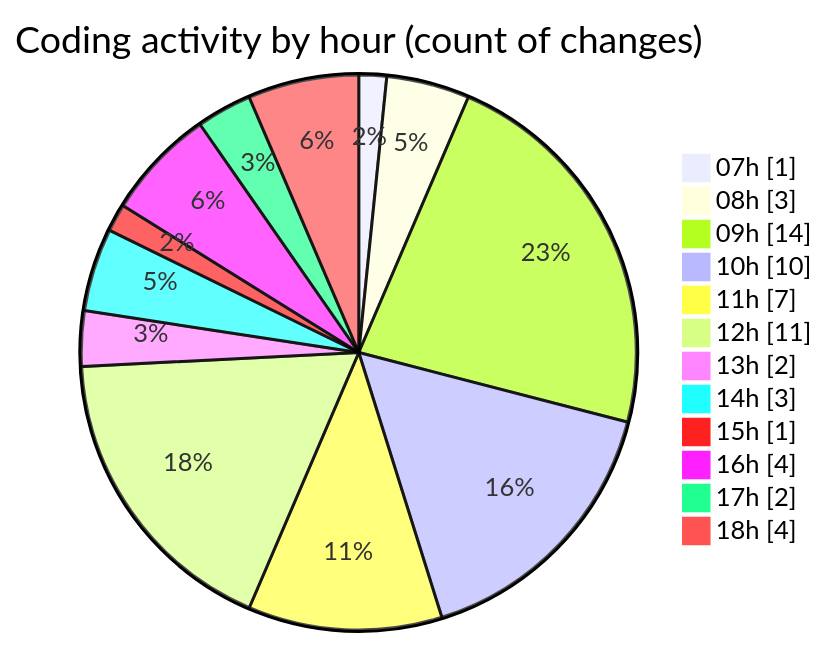
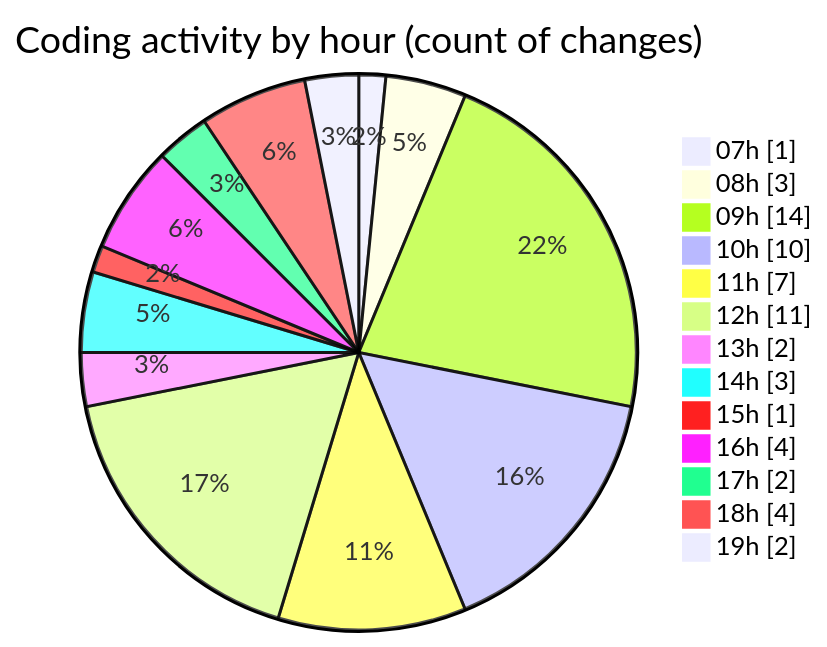
One commit to tmsrecording-cyber/code-tracking changed the second of 2 diagrams in 2026-02-02/singularitybrainai/README.md. Above: the diagram before and after it, drawn with Mermaid. The commit also changed other lines of this file and 1 other file, not shown here.

````diff
--- a/2026-02-02/singularitybrainai/README.md
+++ b/2026-02-02/singularitybrainai/README.md
@@ -41,16 +42,17 @@
 ```mermaid
 pie showData
 title Coding activity by hour (count of changes)
 "07h" : 1
 "08h" : 3
 "09h" : 14
 "10h" : 10
 "11h" : 7
 "12h" : 11
 "13h" : 2
 "14h" : 3
 "15h" : 1
 "16h" : 4
 "17h" : 2
 "18h" : 4
+"19h" : 2
 ```
````
